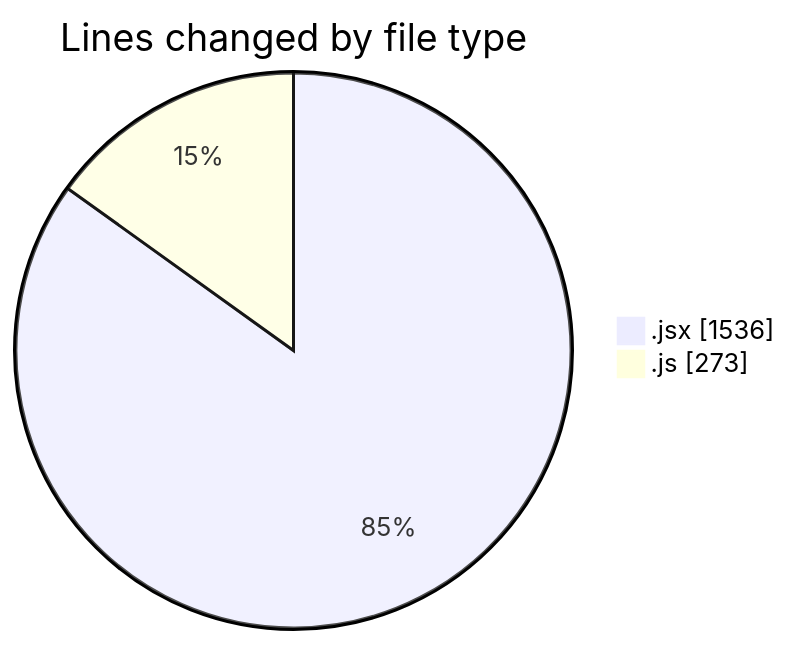
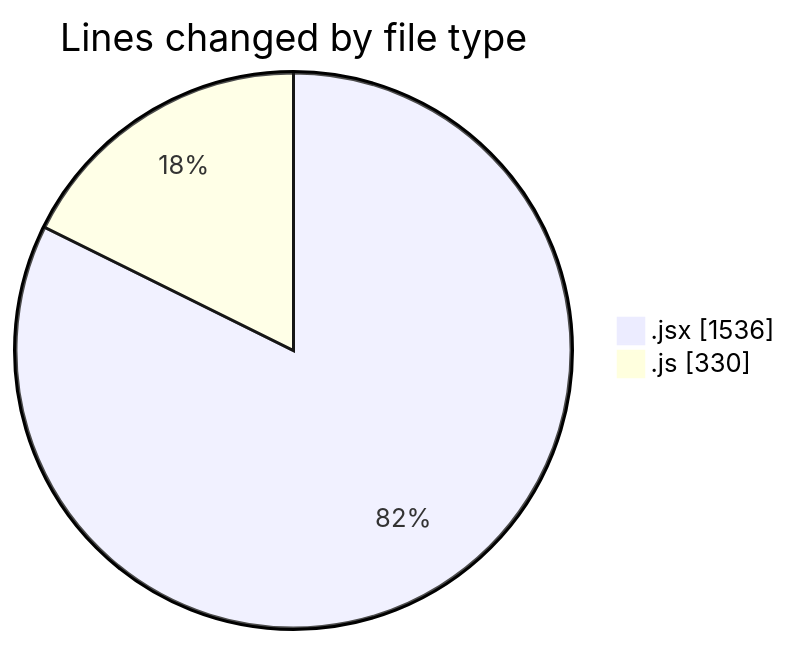
One commit to nxtqubesakshisongat/code-tracking changed the first of 2 diagrams in 2025-07-30/nxtqube_webapp/README.md. Above: the diagram before and after it, drawn with Mermaid. The commit also changed other lines of this file and 1 other file, not shown here.

````diff
--- a/2025-07-30/nxtqube_webapp/README.md
+++ b/2025-07-30/nxtqube_webapp/README.md
@@ -23,6 +23,6 @@
 ```mermaid
 pie showData
 title Lines changed by file type
 ".jsx" : 1536
-".js" : 273
+".js" : 330
 ```
````
